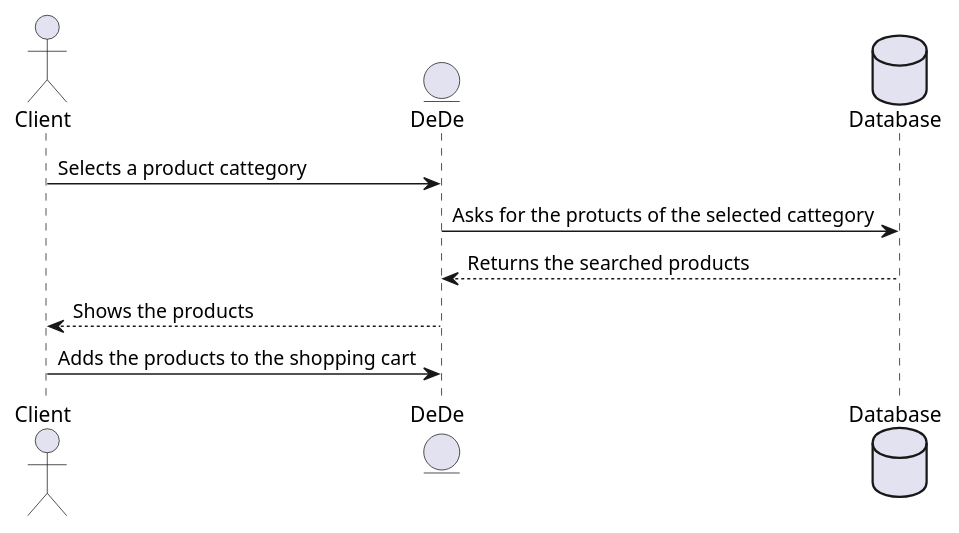
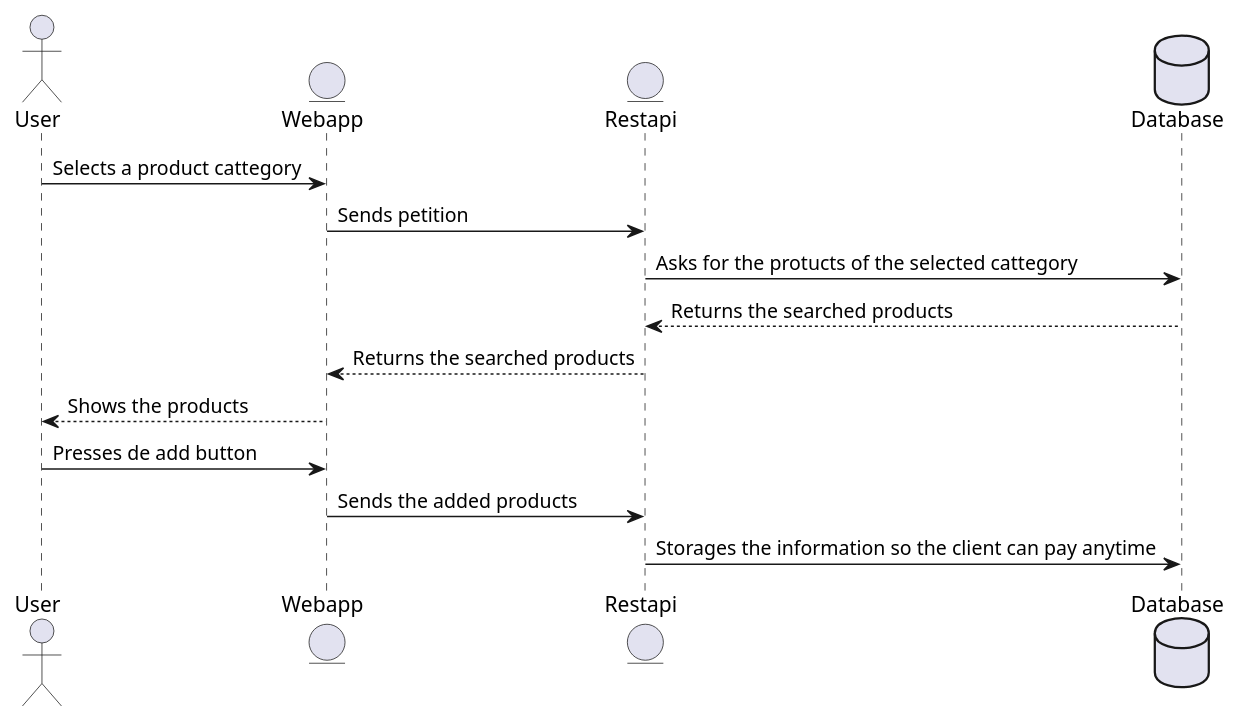
One commit to Arquisoft/dede_es3c changed the first of 2 diagrams in docs/06_runtime_view.adoc. Above: the diagram before and after it, drawn with PlantUML. The commit also changed other lines of this file and 5 other files, not shown here.

```diff
--- a/docs/06_runtime_view.adoc
+++ b/docs/06_runtime_view.adoc
@@ -10,11 +10,16 @@
 [plantuml,"Add Products to the shopping cart",png]
 ----
-actor Client
-entity DeDe
+actor User
+entity Webapp
+entity Restapi
 database Database
-Client -> DeDe: Selects a product cattegory
-DeDe -> Database: Asks for the protucts of the selected cattegory
-Database --> DeDe : Returns the searched products
-DeDe --> Client : Shows the products
-Client -> DeDe : Adds the products to the shopping cart
+User-> Webapp: Selects a product cattegory
+Webapp -> Restapi : Sends petition 
+Restapi-> Database: Asks for the protucts of the selected cattegory
+Database --> Restapi: Returns the searched products
+Restapi --> Webapp : Returns the searched products
+Webapp --> User: Shows the products
+User-> Webapp: Presses de add button
+Webapp -> Restapi : Sends the added products
+Restapi-> Database: Storages the information so the client can pay anytime
 ----
```
